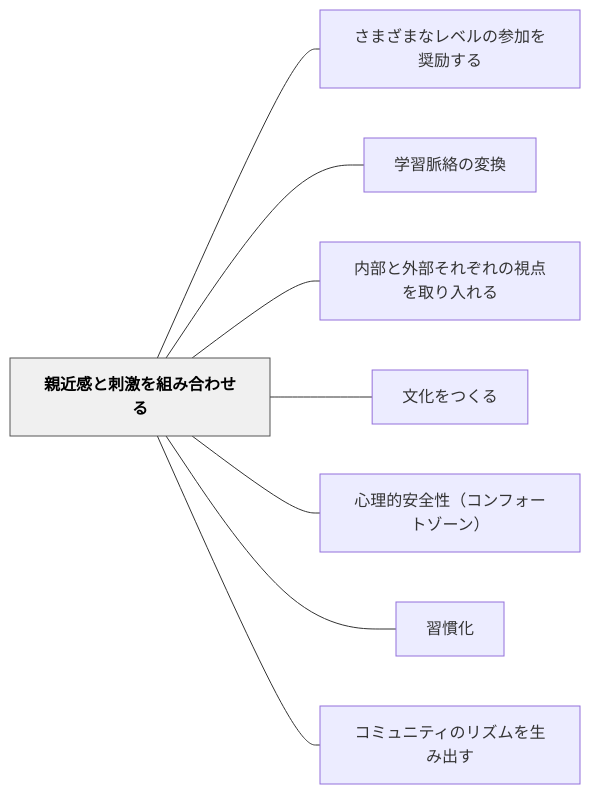
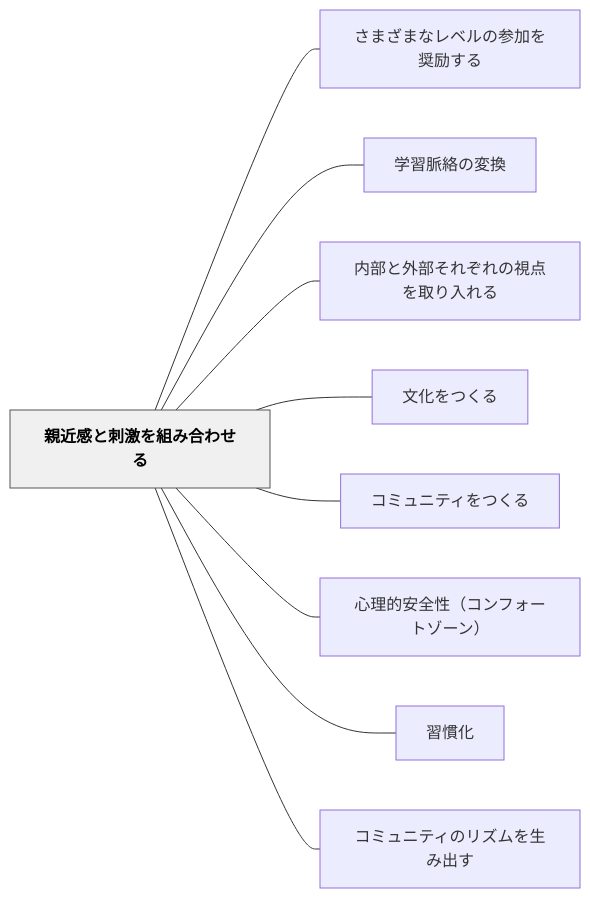
One commit to unknownthings-ed-patterns/unknownthings-ed-patterns changed the diagram in content/パタン/親近感と刺激を組み合わせる.md. Above: the diagram before and after it, drawn with Mermaid. The commit also changed other lines of this file and 1 other file, not shown here.

Commit message:
auto: Obsidianから同期 2026-06-13 18:52

````diff
--- a/content/パタン/親近感と刺激を組み合わせる.md
+++ b/content/パタン/親近感と刺激を組み合わせる.md
@@ -66,22 +67,24 @@
 ```mermaid
 flowchart LR
     ne8a6aae8bf91e6849fe381a8e588bae6bf80e38292e7b584e381bfe59088e3828fe3819be3828b["親近感と刺激を組み合わせる"]
     ne38195e381bee38196e381bee381aae383ace38399e383abe381aee58f82e58aa0e38292e5a5a8e58ab1e38199e3828b["さまざまなレベルの参加を奨励する"]
     ne5ada6e7bf92e88488e7b5a1e381aee5a489e68f9b["学習脈絡の変換"]
     ne58685e983a8e381a8e5a496e983a8e3819de3828ce3819ee3828ce381aee8a696e782b9e38292e58f96e3828ae585a5e3828ce3828b["内部と外部それぞれの視点を取り入れる"]
     ne69687e58c96e38292e381a4e3818fe3828b["文化をつくる"]
+    ne382b3e3839fe383a5e3838be38386e382a3e38292e381a4e3818fe3828b["コミュニティをつくる"]
     ne5bf83e79086e79a84e5ae89e585a8e680a7efbc88e382b3e383b3e38395e382a9e383bce38388e382bee383bce383b3efbc89["心理的安全性（コンフォートゾーン）"]
     ne7bf92e685a3e58c96["習慣化"]
     ne382b3e3839fe383a5e3838be38386e382a3e381aee383aae382bae383a0e38292e7949fe381bfe587bae38199["コミュニティのリズムを生み出す"]
 
     ne8a6aae8bf91e6849fe381a8e588bae6bf80e38292e7b584e381bfe59088e3828fe3819be3828b --- ne38195e381bee38196e381bee381aae383ace38399e383abe381aee58f82e58aa0e38292e5a5a8e58ab1e38199e3828b
     ne8a6aae8bf91e6849fe381a8e588bae6bf80e38292e7b584e381bfe59088e3828fe3819be3828b --- ne5ada6e7bf92e88488e7b5a1e381aee5a489e68f9b
     ne8a6aae8bf91e6849fe381a8e588bae6bf80e38292e7b584e381bfe59088e3828fe3819be3828b --- ne58685e983a8e381a8e5a496e983a8e3819de3828ce3819ee3828ce381aee8a696e782b9e38292e58f96e3828ae585a5e3828ce3828b
     ne8a6aae8bf91e6849fe381a8e588bae6bf80e38292e7b584e381bfe59088e3828fe3819be3828b --- ne69687e58c96e38292e381a4e3818fe3828b
+    ne8a6aae8bf91e6849fe381a8e588bae6bf80e38292e7b584e381bfe59088e3828fe3819be3828b --- ne382b3e3839fe383a5e3838be38386e382a3e38292e381a4e3818fe3828b
     ne8a6aae8bf91e6849fe381a8e588bae6bf80e38292e7b584e381bfe59088e3828fe3819be3828b --- ne5bf83e79086e79a84e5ae89e585a8e680a7efbc88e382b3e383b3e38395e382a9e383bce38388e382bee383bce383b3efbc89
     ne8a6aae8bf91e6849fe381a8e588bae6bf80e38292e7b584e381bfe59088e3828fe3819be3828b --- ne7bf92e685a3e58c96
     ne8a6aae8bf91e6849fe381a8e588bae6bf80e38292e7b584e381bfe59088e3828fe3819be3828b --- ne382b3e3839fe383a5e3838be38386e382a3e381aee383aae382bae383a0e38292e7949fe381bfe587bae38199
 
     classDef hub fill:#f0f0f0,stroke:#555,color:#000,font-weight:bold
     class ne8a6aae8bf91e6849fe381a8e588bae6bf80e38292e7b584e381bfe59088e3828fe3819be3828b hub
 ```
````
